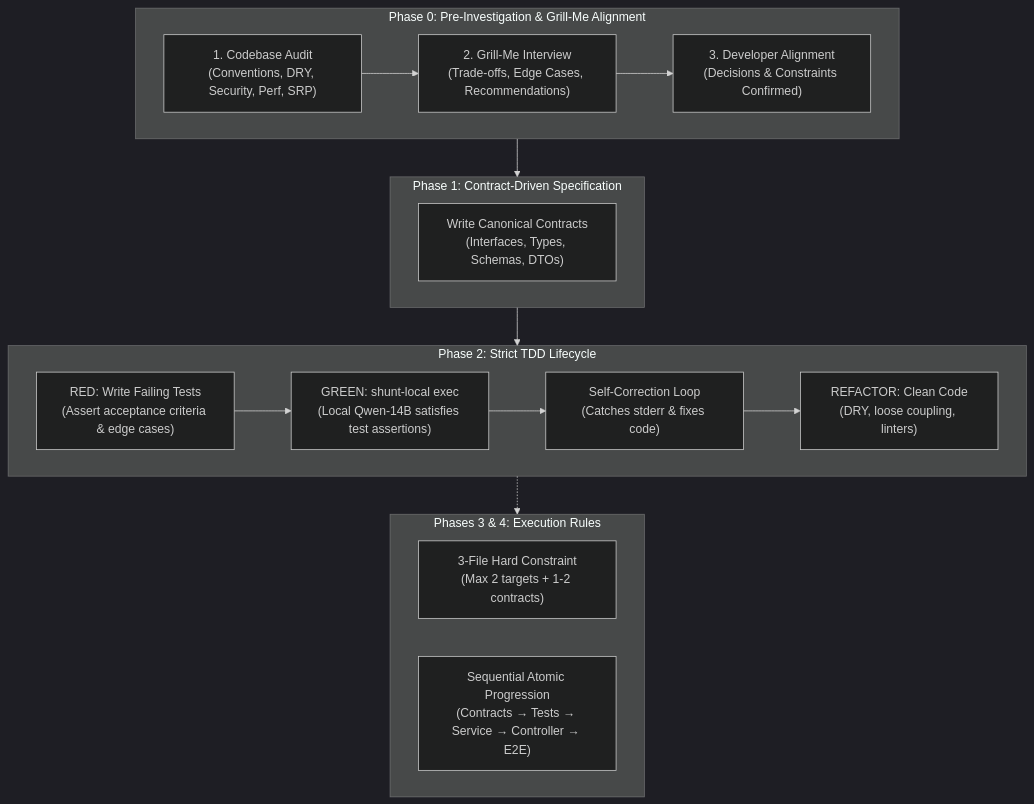
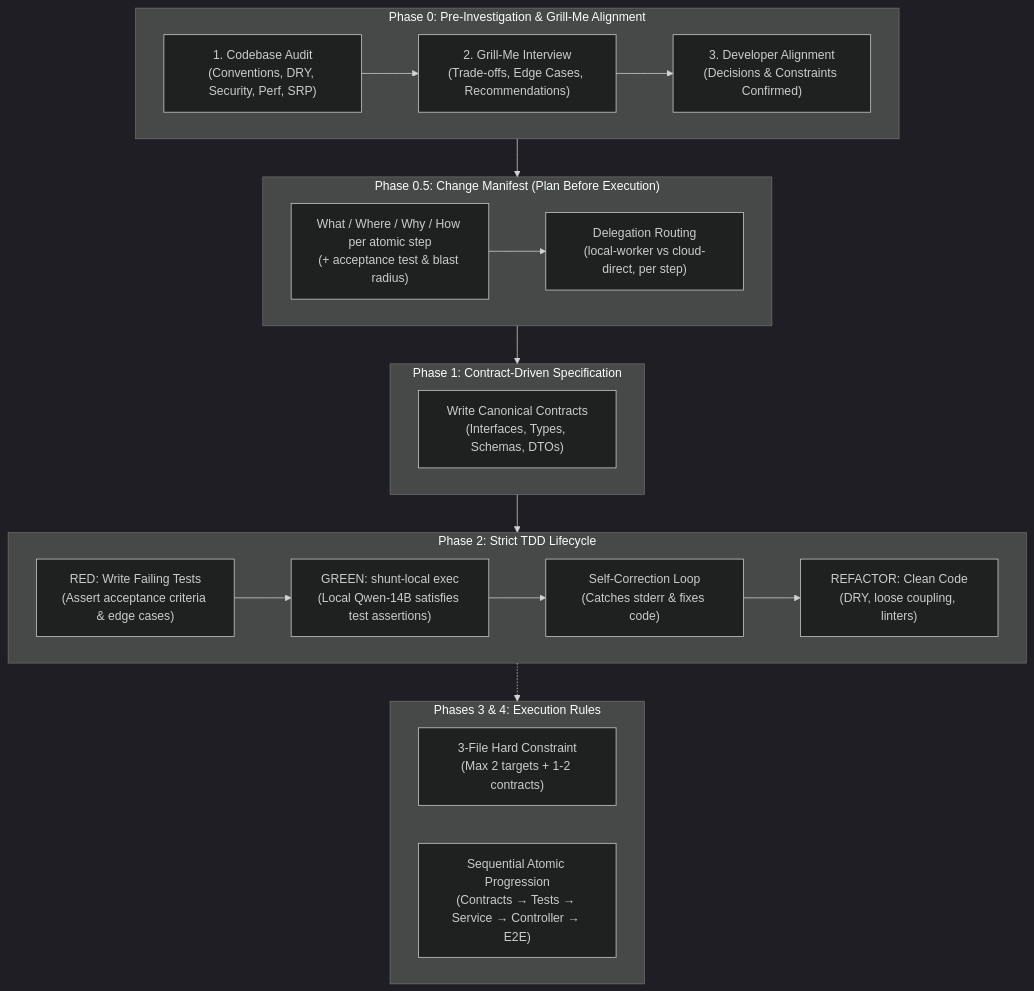
One commit to devmercenario/shunt-local changed the fourth of 4 diagrams in README.md. Above: the diagram before and after it, drawn with Mermaid (dark theme). The commit also changed other lines of this file and 1 other file, not shown here.

First line of the commit message:
docs(protocol): add Phase 0.5 Change Manifest and delegation routing (#5)

````diff
--- a/README.md
+++ b/README.md
@@ -392,26 +397,31 @@
 ```mermaid
 flowchart TD
     subgraph P0["Phase 0: Pre-Investigation & Grill-Me Alignment"]
         A1["1. Codebase Audit<br/>(Conventions, DRY, Security, Perf, SRP)"] --> A2["2. Grill-Me Interview<br/>(Trade-offs, Edge Cases, Recommendations)"]
         A2 --> A3["3. Developer Alignment<br/>(Decisions & Constraints Confirmed)"]
+    end
+
+    subgraph P05["Phase 0.5: Change Manifest (Plan Before Execution)"]
+        A4["What / Where / Why / How per atomic step<br/>(+ acceptance test & blast radius)"] --> A5["Delegation Routing<br/>(local-worker vs cloud-direct, per step)"]
     end
 
     subgraph P1["Phase 1: Contract-Driven Specification"]
         B1["Write Canonical Contracts<br/>(Interfaces, Types, Schemas, DTOs)"]
     end
 
     subgraph P2["Phase 2: Strict TDD Lifecycle"]
         C1["RED: Write Failing Tests<br/>(Assert acceptance criteria & edge cases)"] --> C2["GREEN: shunt-local exec<br/>(Local Qwen-14B satisfies test assertions)"]
         C2 --> C3["Self-Correction Loop<br/>(Catches stderr & fixes code)"]
         C3 --> C4["REFACTOR: Clean Code<br/>(DRY, loose coupling, linters)"]
     end
 
     subgraph P3["Phases 3 & 4: Execution Rules"]
         D1["3-File Hard Constraint<br/>(Max 2 targets + 1-2 contracts)"]
         D2["Sequential Atomic Progression<br/>(Contracts → Tests → Service → Controller → E2E)"]
     end
 
-    P0 --> P1
+    P0 --> P05
+    P05 --> P1
     P1 --> P2
     P2 -.-> P3
 ```
````
